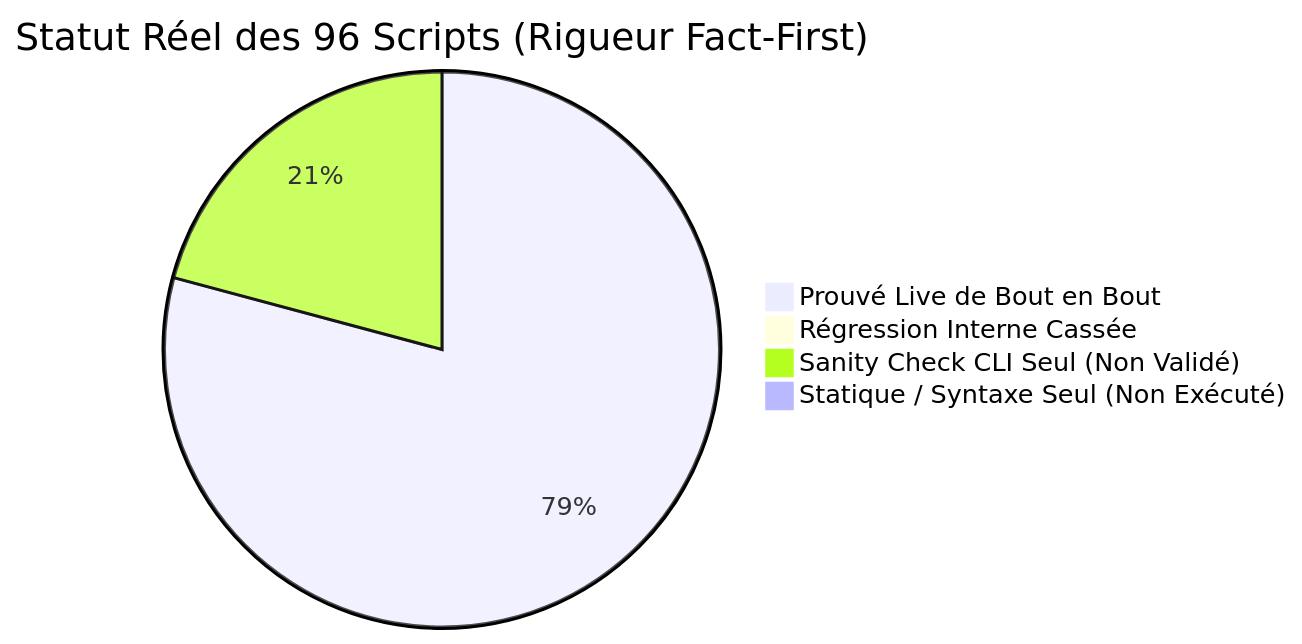
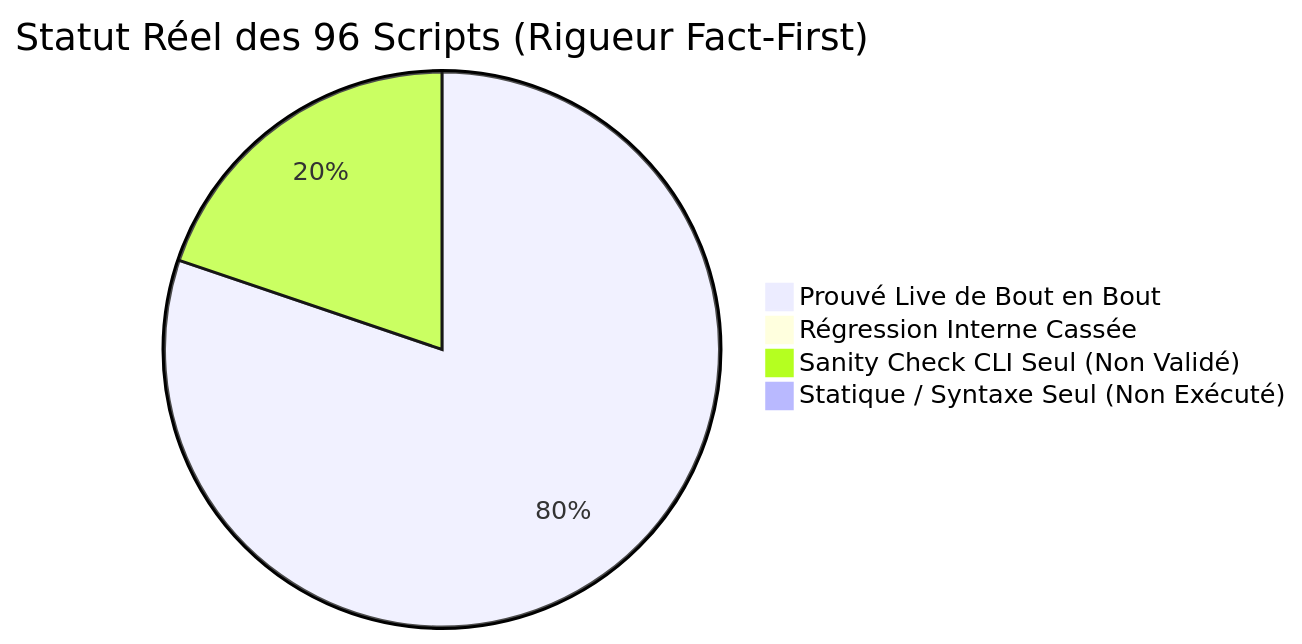
The diagram in docs/reference/2026-11-10-audit-exhaustif-scripts-regressions.md (yoyonel/pydbsrt), drawn with Mermaid before and after one commit. The commit also changed other lines of this file and 2 other files, not shown here.

Commit message:
fix(ingestion): dynamic root, robust dbsrt resolution and cli check mode in audit phash catalog (#69)

````diff
--- a/docs/reference/2026-11-10-audit-exhaustif-scripts-regressions.md
+++ b/docs/reference/2026-11-10-audit-exhaustif-scripts-regressions.md
@@ -16,7 +16,7 @@
 ```mermaid
 pie title Statut Réel des 96 Scripts (Rigueur Fact-First)
-    "Prouvé Live de Bout en Bout" : 76
+    "Prouvé Live de Bout en Bout" : 77
     "Régression Interne Cassée" : 0
-    "Sanity Check CLI Seul (Non Validé)" : 20
+    "Sanity Check CLI Seul (Non Validé)" : 19
     "Statique / Syntaxe Seul (Non Exécuté)" : 0
 ```
````
